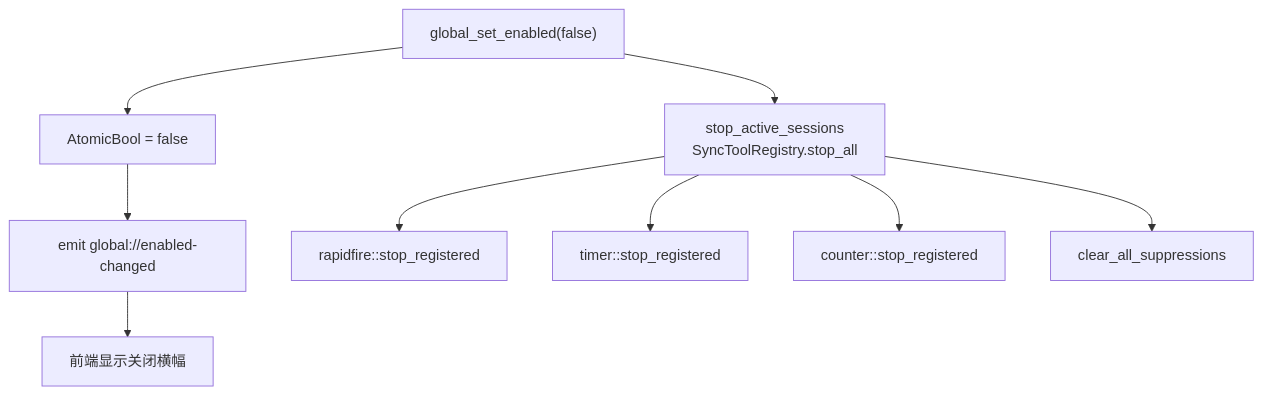
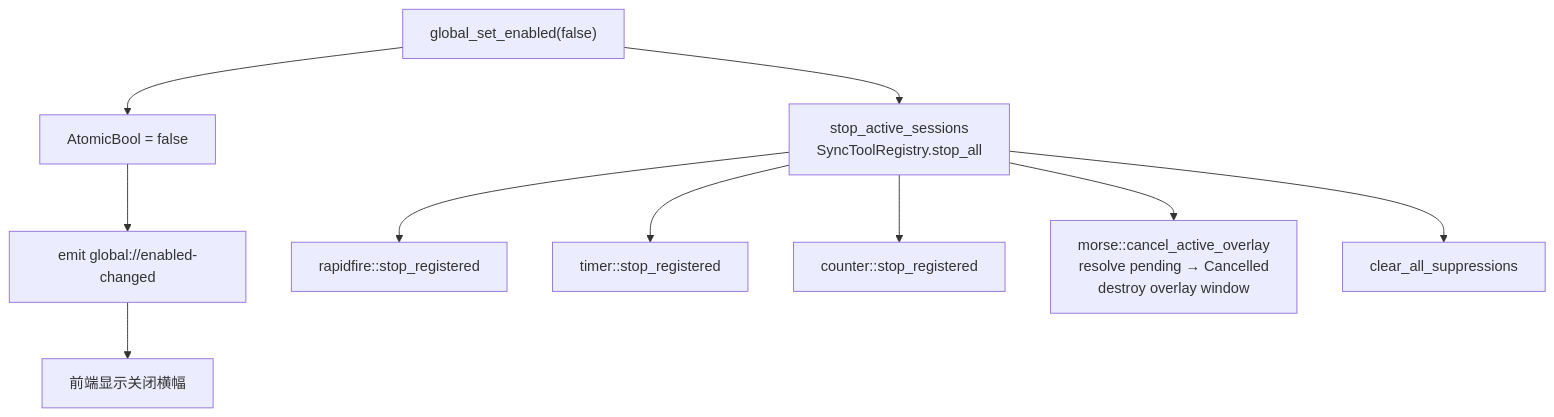
Before and after one commit to IZRINO/delta-auto-tools: the diagram in droid-wiki/systems/global-state.md, drawn with Mermaid. The commit also changed other lines of this file and 4 other files, not shown here.

````diff
--- a/droid-wiki/systems/global-state.md
+++ b/droid-wiki/systems/global-state.md
@@ -7,11 +7,12 @@
 ```mermaid
 graph TD
     SwitchOff["global_set_enabled(false)"] --> Store["AtomicBool = false"]
     Store --> Emit["emit global://enabled-changed"]
     Emit --> Frontend["前端显示关闭横幅"]
     SwitchOff --> Stop["stop_active_sessions<br/>SyncToolRegistry.stop_all"]
     Stop --> RF["rapidfire::stop_registered"]
     Stop --> T["timer::stop_registered"]
     Stop --> C["counter::stop_registered"]
+    Stop --> MorseCancel["morse::cancel_active_overlay<br/>resolve pending → Cancelled<br/>destroy overlay window"]
     Stop --> Clear["clear_all_suppressions"]
 ```
````
